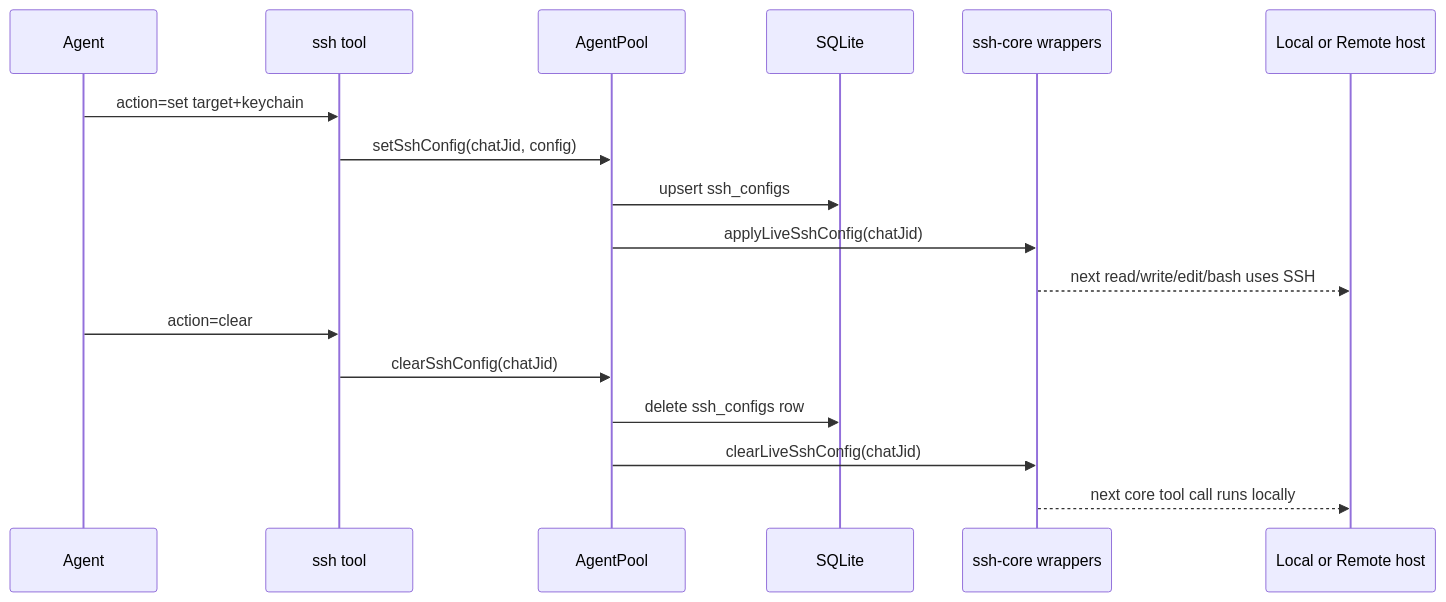
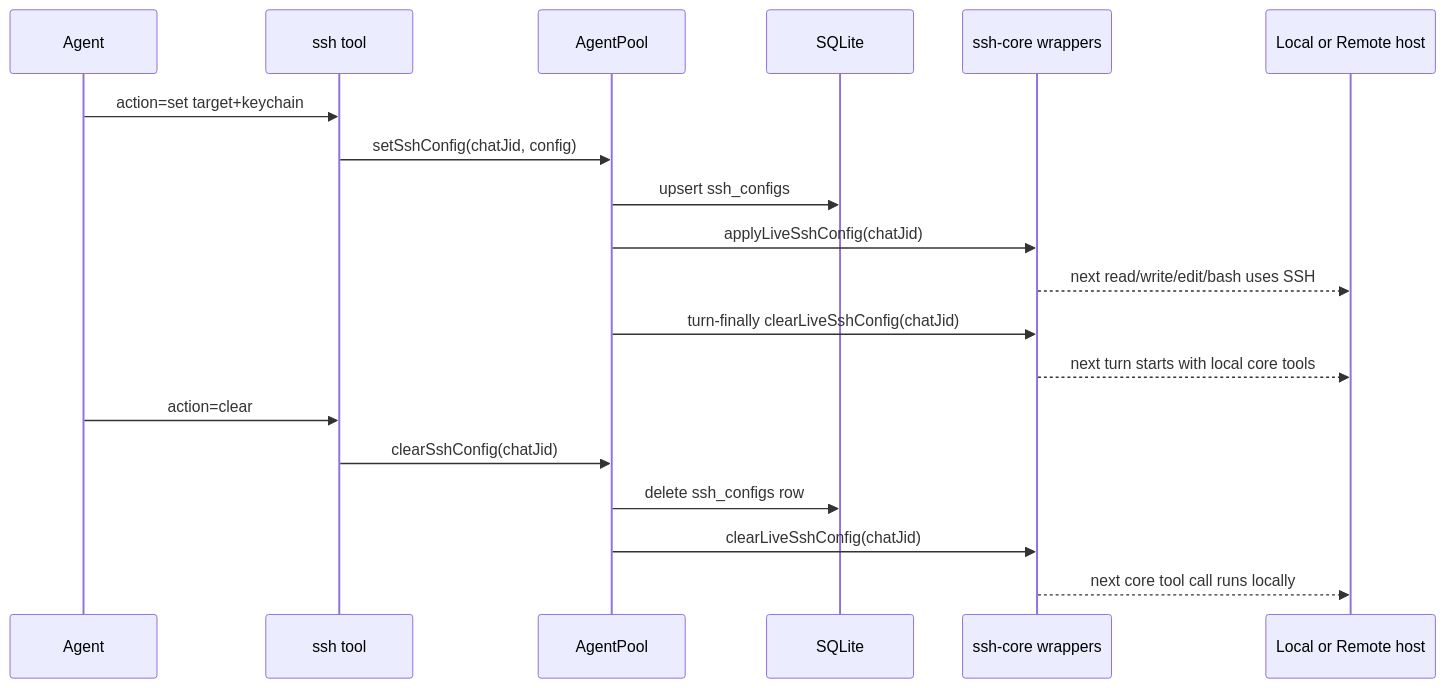
The fourth of 4 diagrams in docs/runtime-flows.md (Lingzo/piclaw), drawn with Mermaid before and after one commit. The commit also changed other lines of this file and 18 other files, not shown here.

````diff
--- a/docs/runtime-flows.md
+++ b/docs/runtime-flows.md
@@ -299,21 +299,23 @@
 ```mermaid
 sequenceDiagram
   participant Agent
   participant ssh as ssh tool
   participant Pool as AgentPool
   participant DB as SQLite
   participant Core as ssh-core wrappers
   participant Host as Local or Remote host
 
   Agent->>ssh: action=set target+keychain
   ssh->>Pool: setSshConfig(chatJid, config)
   Pool->>DB: upsert ssh_configs
   Pool->>Core: applyLiveSshConfig(chatJid)
   Core-->>Host: next read/write/edit/bash uses SSH
+  Pool->>Core: turn-finally clearLiveSshConfig(chatJid)
+  Core-->>Host: next turn starts with local core tools
 
   Agent->>ssh: action=clear
   ssh->>Pool: clearSshConfig(chatJid)
   Pool->>DB: delete ssh_configs row
   Pool->>Core: clearLiveSshConfig(chatJid)
   Core-->>Host: next core tool call runs locally
 ```
````
